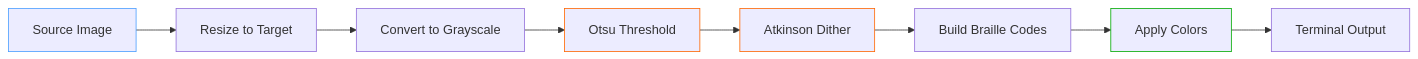
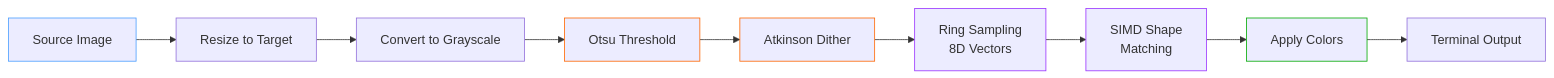
Before and after one commit to scottgal/mostlylucid.consoleimage: the second of 7 diagrams in docs/BRAILLE-RENDERING.md, drawn with Mermaid. The commit also changed other lines of this file and 6 other files, not shown here.

First line of the commit message:
Add advanced shape vector matching and concentric sampling to braille renderer

````diff
--- a/docs/BRAILLE-RENDERING.md
+++ b/docs/BRAILLE-RENDERING.md
@@ -76,15 +76,18 @@
 ```mermaid
 flowchart LR
     A[Source Image] --> B[Resize to Target]
     B --> C[Convert to Grayscale]
     C --> D[Otsu Threshold]
     D --> E[Atkinson Dither]
-    E --> F[Build Braille Codes]
-    F --> G[Apply Colors]
-    G --> H[Terminal Output]
+    E --> F[Ring Sampling<br/>8D Vectors]
+    F --> G[SIMD Shape<br/>Matching]
+    G --> H[Apply Colors]
+    H --> I[Terminal Output]
 
     style A stroke:#4a9eff
     style D stroke:#ff6600
     style E stroke:#ff6600
-    style G stroke:#00aa00
+    style F stroke:#9933ff
+    style G stroke:#9933ff
+    style H stroke:#00aa00
 ```
````
